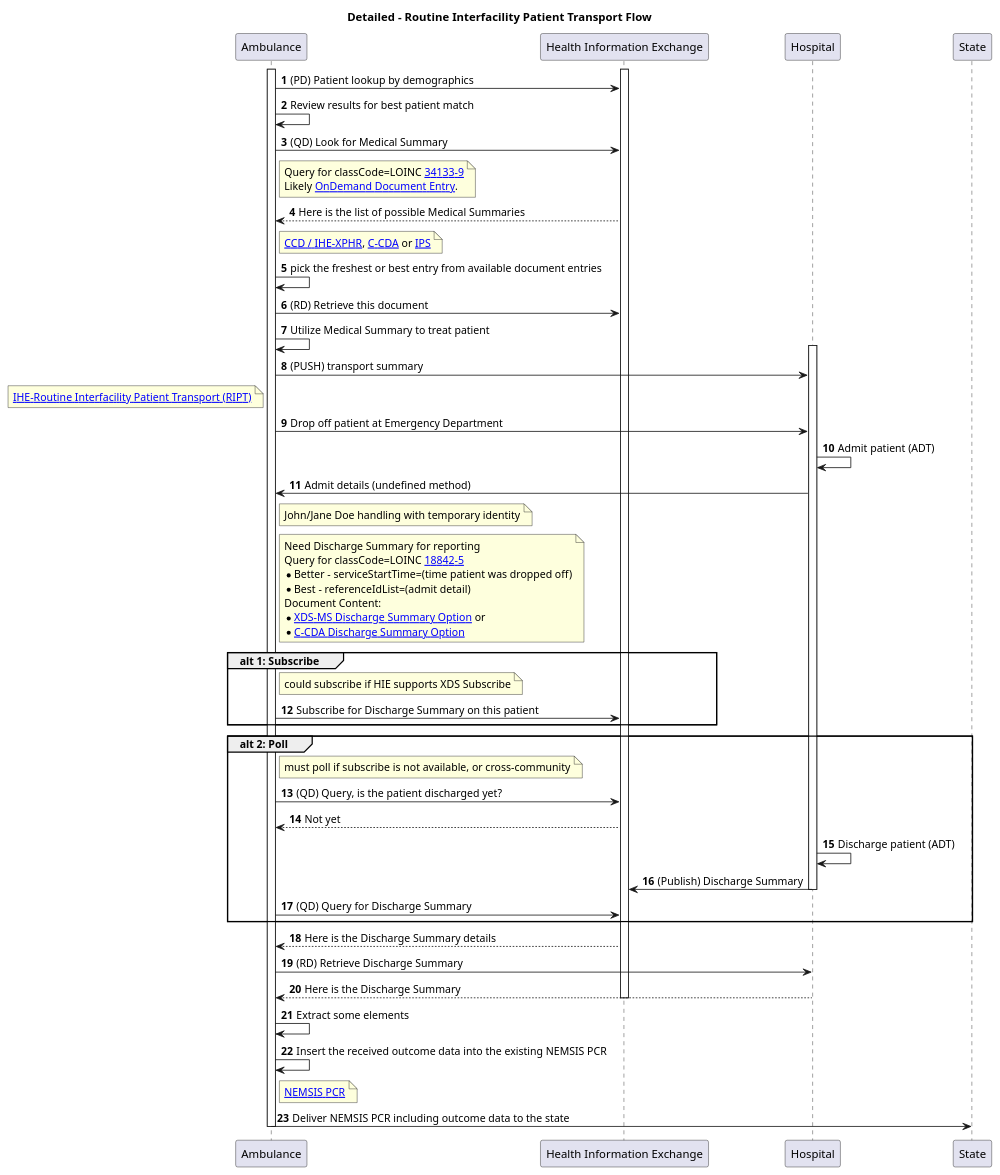
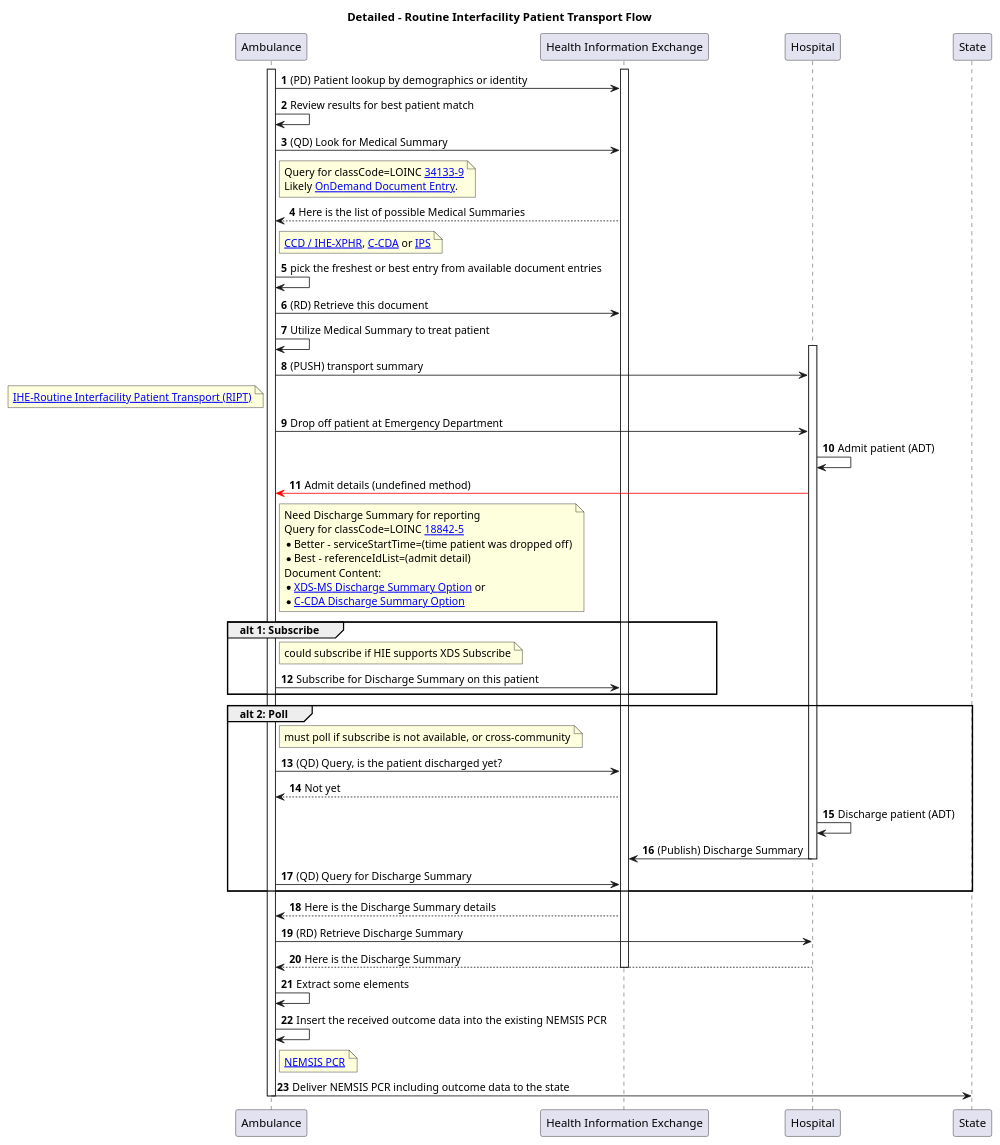
The diagram in input/images-source/usecase2-processflow.plantuml (IHE/EMS-Overall), drawn with PlantUML before and after one commit. The commit also changed 2 other files, not shown here.

```diff
--- a/input/images-source/usecase2-processflow.plantuml
+++ b/input/images-source/usecase2-processflow.plantuml
@@ -1,61 +1,60 @@
 @startuml
 skinparam svgDimensionStyle false
 title Detailed - Routine Interfacility Patient Transport Flow
 participant "Ambulance" as Ambulance
 participant "Health Information Exchange" as HIE [[https://profiles.ihe.net/ITI/HIE-Whitepaper/index.html HIE-Whitepaper]]
 autonumber
 activate Ambulance
 activate HIE
-Ambulance -> HIE: (PD) Patient lookup by demographics
+Ambulance -> HIE: (PD) Patient lookup by demographics or identity
 Ambulance -> Ambulance: Review results for best patient match
 
 Ambulance -> HIE: (QD) Look for Medical Summary
 Note right of Ambulance: Query for classCode=LOINC [[https://loinc.org/34133-9/ 34133-9]]\nLikely [[https://profiles.ihe.net/ITI/HIE-Whitepaper/index.html#212-dynamic-documents OnDemand Document Entry]].
 Ambulance <-- HIE: Here is the list of possible Medical Summaries
 Note right of Ambulance: [[https://www.ihe.net/uploadedFiles/Documents/PCC/IHE_PCC_TF_Vol1.pdf#nameddest=4_Exchange_of_Personal_Health_R CCD / IHE-XPHR]], [[https://www.hl7.org/ccdasearch/ C-CDA]] or [[https://hl7.org/fhir/uv/ips/ IPS]]
 Ambulance -> Ambulance: pick the freshest or best entry from available document entries
 
 Ambulance -> HIE: (RD) Retrieve this document
 Ambulance -> Ambulance: Utilize Medical Summary to treat patient
 
 activate Hospital
 Ambulance -> Hospital: (PUSH) transport summary 
 Note left of Ambulance: [[https://www.ihe.net/uploadedFiles/Documents/PCC/IHE_PCC_Suppl_RIPT.pdf IHE-Routine Interfacility Patient Transport (RIPT)]]
 
 Ambulance -> Hospital: Drop off patient at Emergency Department
 
 Hospital-> Hospital: Admit patient (ADT)
 
-Hospital -> Ambulance: Admit details (undefined method)
-Note right of Ambulance: John/Jane Doe handling with temporary identity
+Hospital -[#red]> Ambulance: Admit details (undefined method)
 
 Note right of Ambulance: Need Discharge Summary for reporting\nQuery for classCode=LOINC [[https://loinc.org/18842-5/ 18842-5]]\n* Better - serviceStartTime=(time patient was dropped off)\n* Best - referenceIdList=(admit detail)\nDocument Content:\n* [[https://www.ihe.net/uploadedFiles/Documents/PCC/IHE_PCC_TF_Vol1.pdf#nameddest=3_4_2_2_Discharge_Summary_Optio XDS-MS Discharge Summary Option]] or \n* [[https://www.hl7.org/ccdasearch/templates/2.16.840.1.113883.10.20.22.1.8.html C-CDA Discharge Summary Option]]
 group alt 1: Subscribe
     Note right of Ambulance: could subscribe if HIE supports XDS Subscribe
     Ambulance -> HIE: Subscribe for Discharge Summary on this patient 
 end group
 group alt 2: Poll
     Note right of Ambulance: must poll if subscribe is not available, or cross-community
     Ambulance -> HIE: (QD) Query, is the patient discharged yet? 
     Ambulance <-- HIE: Not yet
 
     Hospital -> Hospital: Discharge patient (ADT)
     Hospital -> HIE: (Publish) Discharge Summary
     deactivate Hospital
 
     Ambulance -> HIE: (QD) Query for Discharge Summary
 end group
 Ambulance <-- HIE: Here is the Discharge Summary details
 Ambulance -> Hospital: (RD) Retrieve Discharge Summary
 Ambulance <-- Hospital: Here is the Discharge Summary
 deactivate HIE
 
 
 Ambulance -> Ambulance: Extract some elements
 Ambulance -> Ambulance: Insert the received outcome data into the existing NEMSIS PCR
 Note right of Ambulance: [[https://nemsis.org/technical-resources NEMSIS PCR]]
 Ambulance -> State: Deliver NEMSIS PCR including outcome data to the state
 
 deactivate Ambulance
 
 @enduml
```
